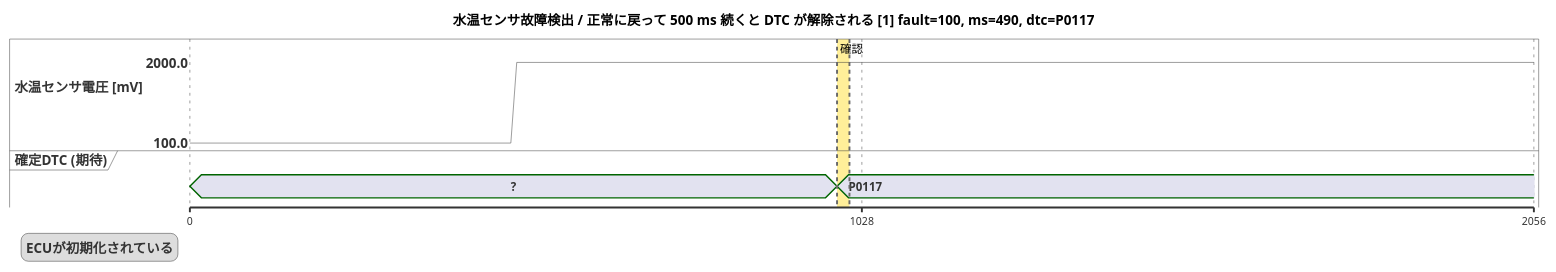
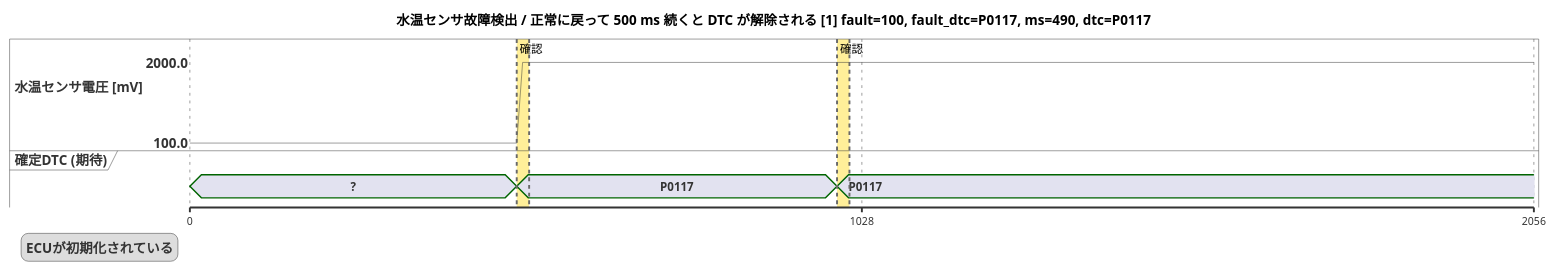
The diagram in charts/ect_sensor_diag/正常に戻って_500_ms_続くと_DTC_が解除される_01.puml (YitKubo/poc_bdd), drawn with PlantUML before and after one commit. The commit also changed 24 other files, not shown here.

```diff
--- a/charts/ect_sensor_diag/正常に戻って_500_ms_続くと_DTC_が解除される_01.puml
+++ b/charts/ect_sensor_diag/正常に戻って_500_ms_続くと_DTC_が解除される_01.puml
@@ -1,24 +1,26 @@
 @startuml
 skinparam defaultFontName IPAGothic
-title 水温センサ故障検出 / 正常に戻って 500 ms 続くと DTC が解除される [1] fault=100, ms=490, dtc=P0117
+title 水温センサ故障検出 / 正常に戻って 500 ms 続くと DTC が解除される [1] fault=100, fault_dtc=P0117, ms=490, dtc=P0117
 scale 1028 as 700 pixels
 legend left
   ECUが初期化されている
 endlegend
 analog "水温センサ電圧 [mV]" between 100 and 2000 as s0
 concise "確定DTC (期待)" as s1
 
 @0
 s0 is 100
 s1 is "?"
-@491
+@500
 s0 is 100
-@500
+s1 is "P0117"
+@509
 s0 is 2000
 @990
 s1 is "P0117"
 @1028
 s0 is 2000
 @1028
+highlight 500 to 519 #FFD70066;line:DimGrey : 確認
 highlight 990 to 1009 #FFD70066;line:DimGrey : 確認
 @enduml
```
